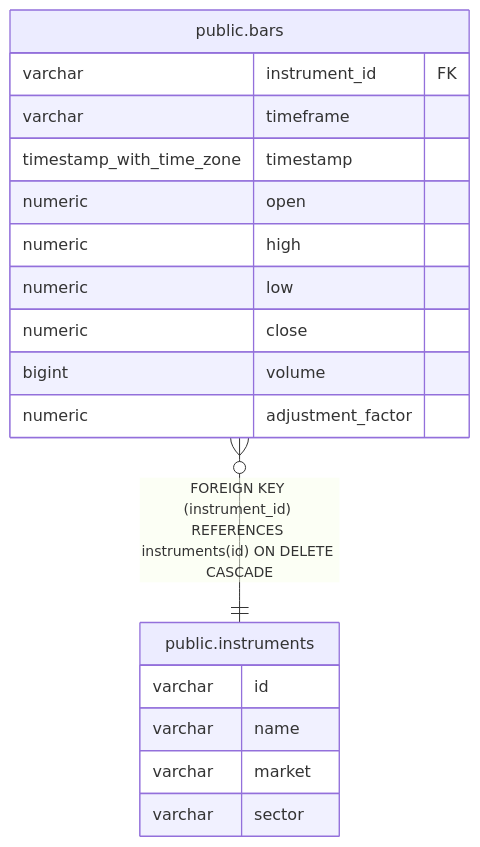
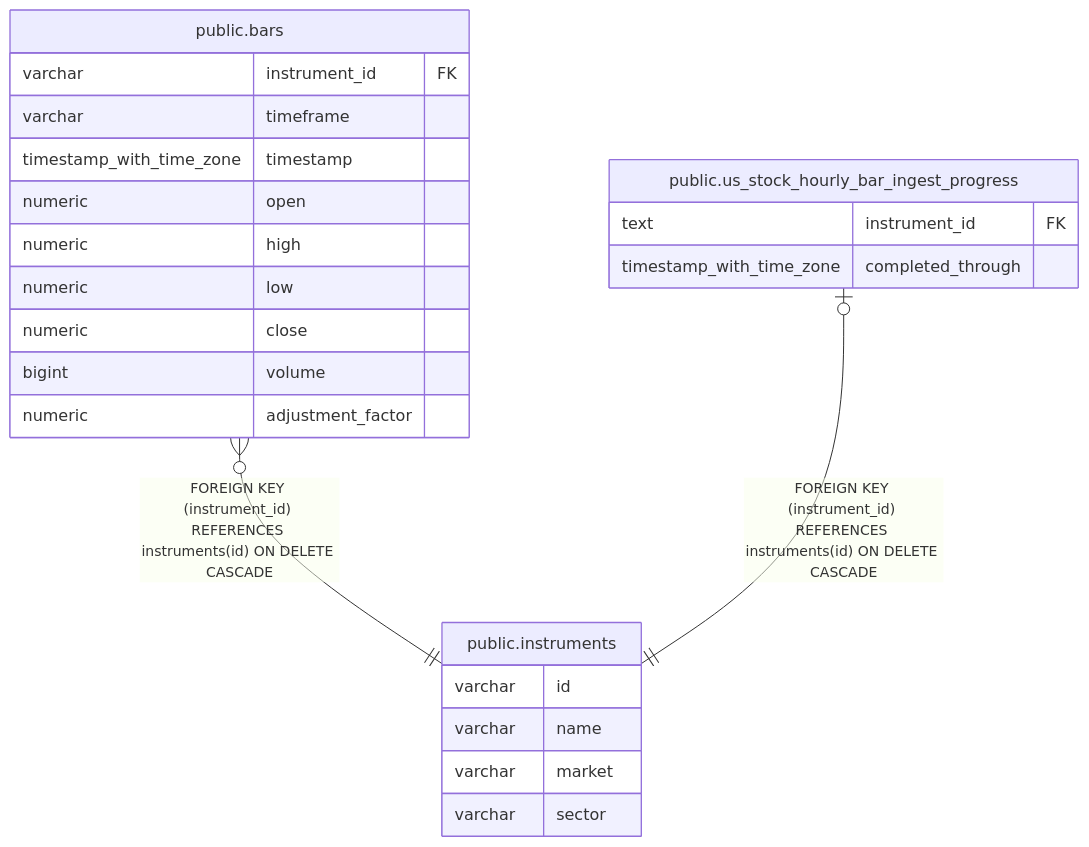
The diagram in backend/docs/db/public.instruments.md (fohte/t-rader), drawn with Mermaid before and after one commit. The commit also changed other lines of this file and 20 other files, not shown here.

````diff
--- a/backend/docs/db/public.instruments.md
+++ b/backend/docs/db/public.instruments.md
@@ -31,23 +31,28 @@
 ```mermaid
 erDiagram
 
 "public.bars" }o--|| "public.instruments" : "FOREIGN KEY (instrument_id) REFERENCES instruments(id) ON DELETE CASCADE"
+"public.us_stock_hourly_bar_ingest_progress" |o--|| "public.instruments" : "FOREIGN KEY (instrument_id) REFERENCES instruments(id) ON DELETE CASCADE"
 
 "public.instruments" {
   varchar id
   varchar name
   varchar market
   varchar sector
 }
 "public.bars" {
   varchar instrument_id FK
   varchar timeframe
   timestamp_with_time_zone timestamp
   numeric open
   numeric high
   numeric low
   numeric close
   bigint volume
   numeric adjustment_factor
 }
+"public.us_stock_hourly_bar_ingest_progress" {
+  text instrument_id FK
+  timestamp_with_time_zone completed_through
+}
 ```
````
